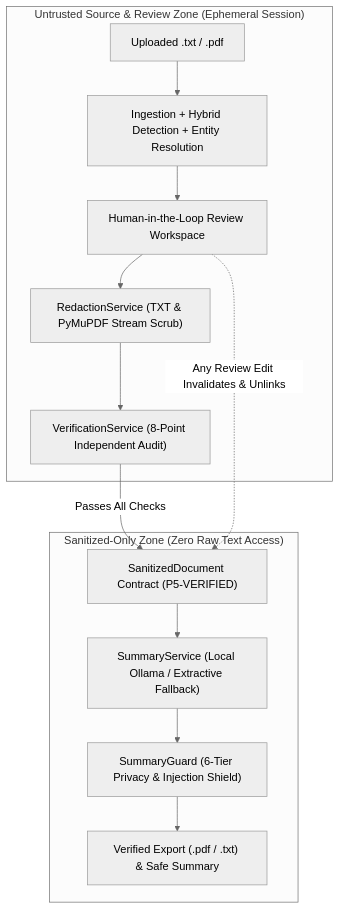
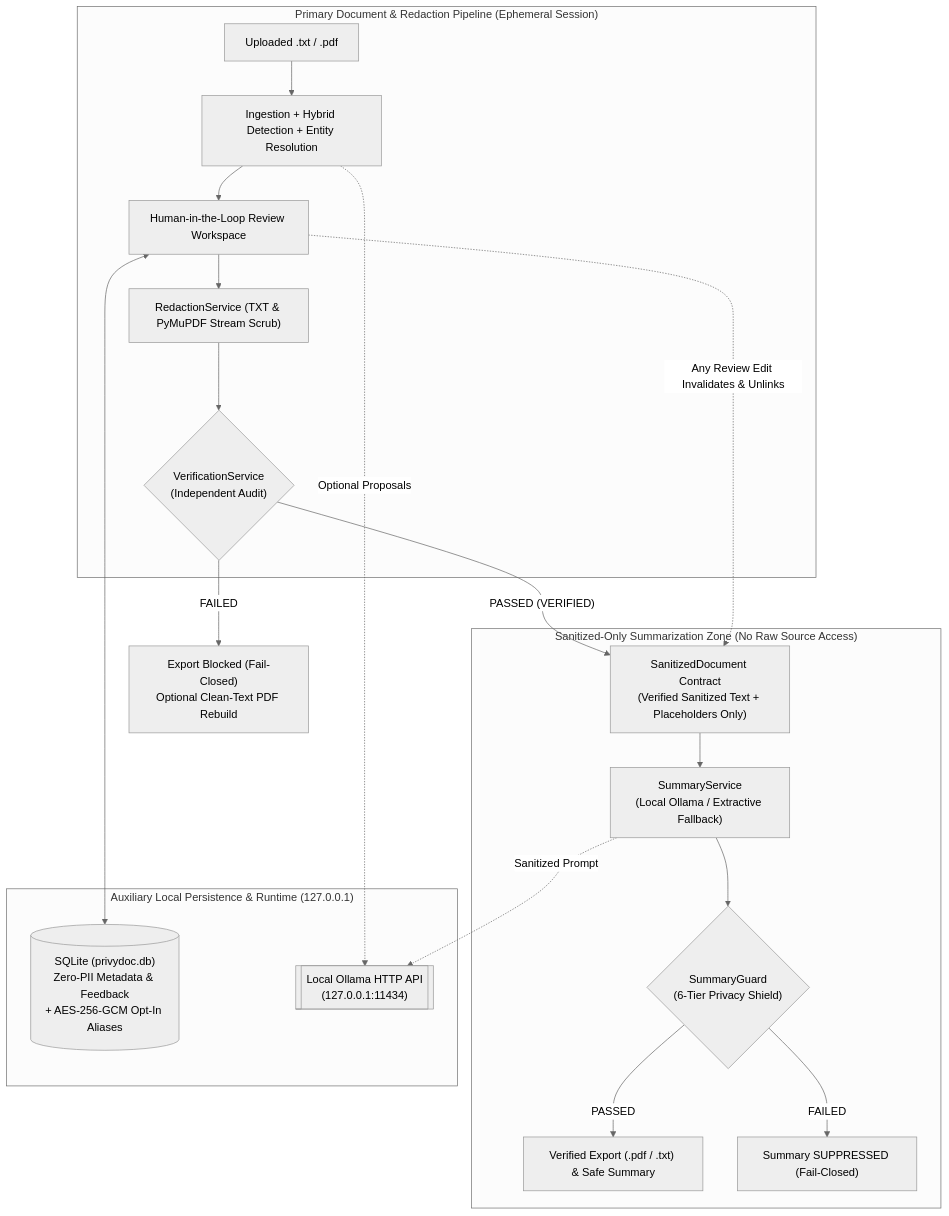
Before and after one commit to Swastikphadke/PrivDoc: the second of 2 diagrams in README.md, drawn with Mermaid (neutral theme). The commit also changed other lines of this file and 1 other file, not shown here.

Commit message:
docs: reconcile product and architecture documentation

````diff
--- a/README.md
+++ b/README.md
@@ -118,20 +119,32 @@
 ```mermaid
 flowchart TD
-    subgraph RawZone ["Untrusted Source & Review Zone (Ephemeral Session)"]
+    subgraph PrimaryFlow ["Primary Document & Redaction Pipeline (Ephemeral Session)"]
         In["Uploaded .txt / .pdf"] --> Det["Ingestion + Hybrid Detection + Entity Resolution"]
         Det --> Rev["Human-in-the-Loop Review Workspace"]
         Rev --> Red["RedactionService (TXT & PyMuPDF Stream Scrub)"]
-        Red --> Ver["VerificationService (8-Point Independent Audit)"]
+        Red --> Ver{"VerificationService\n(Independent Audit)"}
     end
 
-    subgraph SafeZone ["Sanitized-Only Zone (Zero Raw Text Access)"]
-        San["SanitizedDocument Contract (P5-VERIFIED)"]
-        Sum["SummaryService (Local Ollama / Extractive Fallback)"]
-        Grd["SummaryGuard (6-Tier Privacy & Injection Shield)"]
+    Ver -- "FAILED" --> Blocked["Export Blocked (Fail-Closed)\nOptional Clean-Text PDF Rebuild"]
+    Ver -- "PASSED (VERIFIED)" --> San
+
+    subgraph SafeBoundary ["Sanitized-Only Summarization Zone (No Raw Source Access)"]
+        San["SanitizedDocument Contract\n(Verified Sanitized Text + Placeholders Only)"]
+        Sum["SummaryService\n(Local Ollama / Extractive Fallback)"]
+        Grd{"SummaryGuard\n(6-Tier Privacy Shield)"}
         Out["Verified Export (.pdf / .txt) & Safe Summary"]
-        San --> Sum --> Grd --> Out
+        San --> Sum --> Grd
+        Grd -- "PASSED" --> Out
+        Grd -- "FAILED" --> Supp["Summary SUPPRESSED (Fail-Closed)"]
     end
 
-    Ver -- "Passes All Checks" --> San
+    subgraph AuxServices ["Auxiliary Local Persistence & Runtime (127.0.0.1)"]
+        DB[("SQLite (privydoc.db)\nZero-PII Metadata & Feedback\n+ AES-256-GCM Opt-In Aliases")]
+        SLM[["Local Ollama HTTP API\n(127.0.0.1:11434)"]]
+    end
+
+    Rev <--> DB
+    Det -. "Optional Proposals" .-> SLM
+    Sum -. "Sanitized Prompt" .-> SLM
     Rev -. "Any Review Edit Invalidates & Unlinks" .-> San
 ```
````
